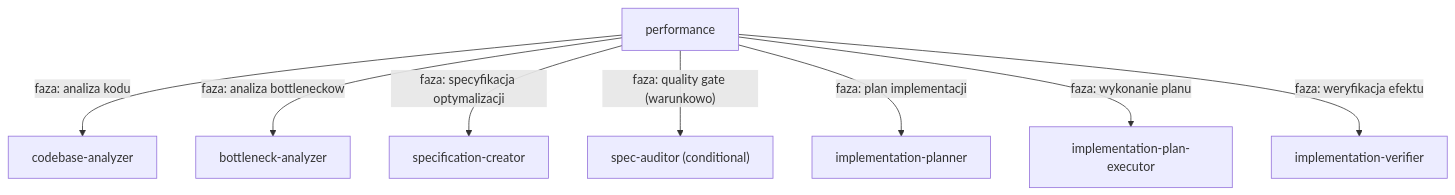
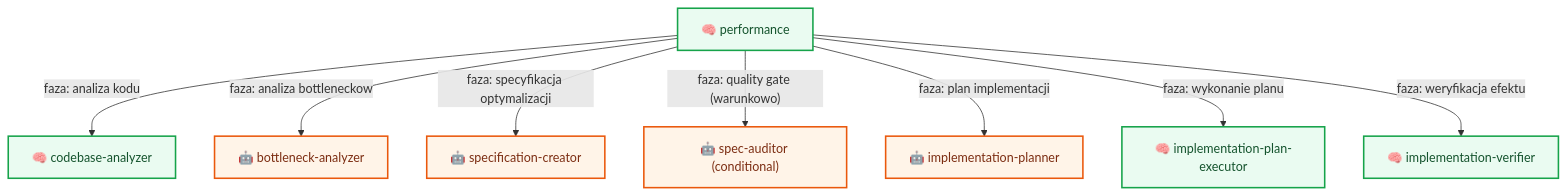
One commit to plucins/flowbit changed the fourth of 10 diagrams in docs/flow/workflows.md. Above: the diagram before and after it, drawn with Mermaid. The commit also changed other lines of this file and 1 other file, not shown here.

Commit message:
Enhance mermaid diagrams with icons and improved formatting in overview and workflows documentation

````diff
--- a/docs/flow/workflows.md
+++ b/docs/flow/workflows.md
@@ -85,10 +104,15 @@
 ```mermaid
 graph TD
-  PERF2["performance"] -- "faza: analiza kodu" --> CODEBASE_P["codebase-analyzer"]
-  PERF2 -- "faza: analiza bottleneckow" --> BOT_P["bottleneck-analyzer"]
-  PERF2 -- "faza: specyfikacja optymalizacji" --> SPEC_P["specification-creator"]
-  PERF2 -- "faza: quality gate (warunkowo)" --> AUD_P["spec-auditor (conditional)"]
-  PERF2 -- "faza: plan implementacji" --> PLAN_P["implementation-planner"]
-  PERF2 -- "faza: wykonanie planu" --> EXEC_P["implementation-plan-executor"]
-  PERF2 -- "faza: weryfikacja efektu" --> VER_P["implementation-verifier"]
+  PERF2["🧠 performance"] -- "faza: analiza kodu" --> CODEBASE_P["🧠 codebase-analyzer"]
+  PERF2 -- "faza: analiza bottleneckow" --> BOT_P["🤖 bottleneck-analyzer"]
+  PERF2 -- "faza: specyfikacja optymalizacji" --> SPEC_P["🤖 specification-creator"]
+  PERF2 -- "faza: quality gate (warunkowo)" --> AUD_P["🤖 spec-auditor (conditional)"]
+  PERF2 -- "faza: plan implementacji" --> PLAN_P["🤖 implementation-planner"]
+  PERF2 -- "faza: wykonanie planu" --> EXEC_P["🧠 implementation-plan-executor"]
+  PERF2 -- "faza: weryfikacja efektu" --> VER_P["🧠 implementation-verifier"]
+
+  classDef skill fill:#EAFBF1,stroke:#16A34A,stroke-width:2px,color:#14532D;
+  classDef agent fill:#FFF4E8,stroke:#EA580C,stroke-width:2px,color:#7C2D12;
+  class PERF2,CODEBASE_P,EXEC_P,VER_P skill;
+  class BOT_P,SPEC_P,AUD_P,PLAN_P agent;
 ```
````
